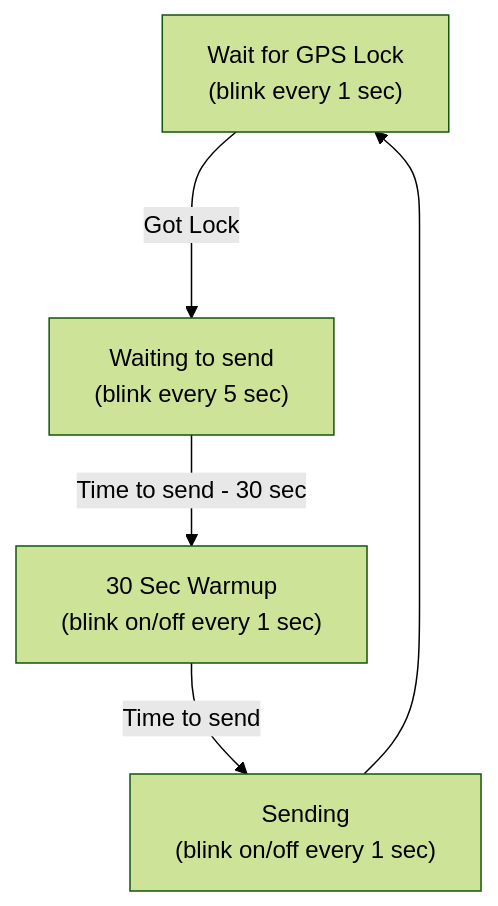
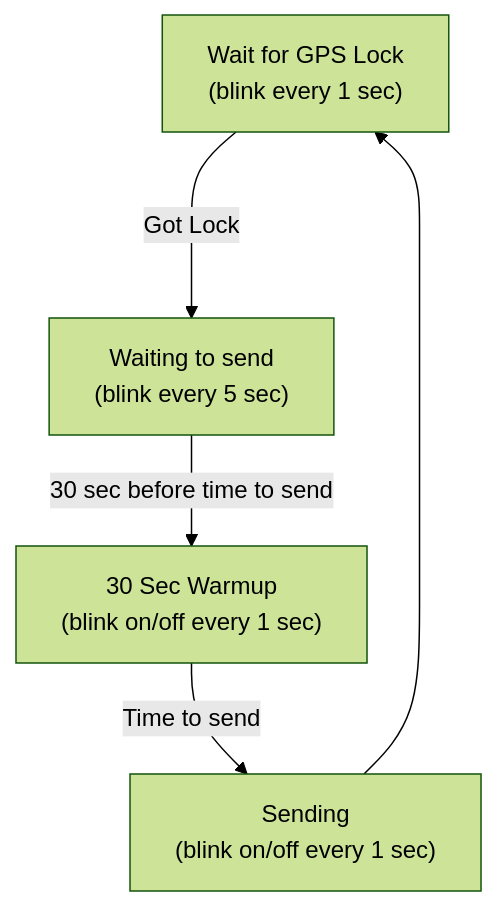
One commit to traquito/traquito.github.io changed the second of 2 diagrams in docs/tracker/V1/README.md. Above: the diagram before and after it, drawn with Mermaid (forest theme). The commit also changed other lines of this file, not shown here.

````diff
--- a/docs/tracker/V1/README.md
+++ b/docs/tracker/V1/README.md
@@ -128,8 +175,8 @@
 ``` mermaid
 graph TB
 
 WaitGps["Wait for GPS Lock<br/>(blink every 1 sec)"] --> |Got Lock| WaitingToSend["Waiting to send<br/>(blink every 5 sec)"]  
-WaitingToSend --> |Time to send - 30 sec| Warmup["30 Sec Warmup<br/>(blink on/off every 1 sec)"]
+WaitingToSend --> |30 sec before time to send| Warmup["30 Sec Warmup<br/>(blink on/off every 1 sec)"]
 Warmup --> |Time to send | Sending["Sending<br/>(blink on/off every 1 sec)"]
 Sending -----> WaitGps
 ```
````
